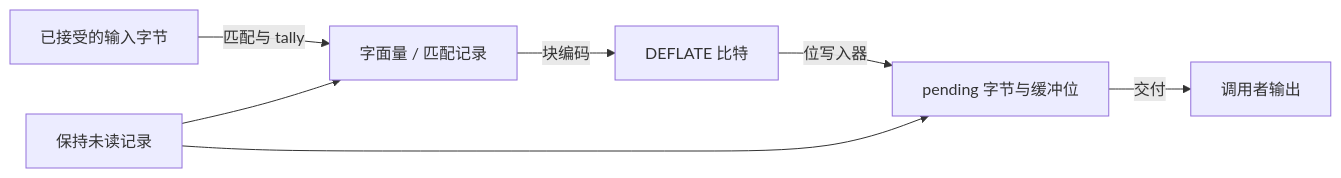
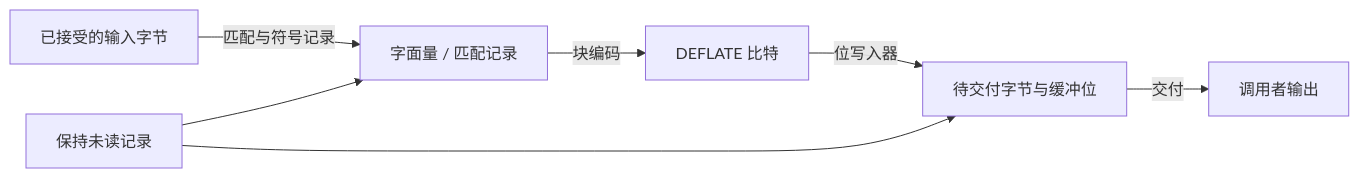
The diagram in site/content/sample/proof.zh.md (cla7aye15I4nd/zlib-f), drawn with Mermaid before and after one commit. The commit also changed other lines of this file and 58 other files, not shown here.

````diff
--- a/site/content/sample/proof.zh.md
+++ b/site/content/sample/proof.zh.md
@@ -14,9 +14,9 @@
 ```mermaid
 flowchart LR
-    Input["已接受的输入字节"] -->|"匹配与 tally"| Symbols["字面量 / 匹配记录"]
+    Input["已接受的输入字节"] -->|"匹配与符号记录"| Symbols["字面量 / 匹配记录"]
     Symbols -->|"块编码"| Bits["DEFLATE 比特"]
-    Bits -->|"位写入器"| Pending["pending 字节与缓冲位"]
+    Bits -->|"位写入器"| Pending["待交付字节与缓冲位"]
     Pending -->|"交付"| Output["调用者输出"]
     Storage["保持未读记录"] --> Symbols
     Storage --> Pending
 ```
````
